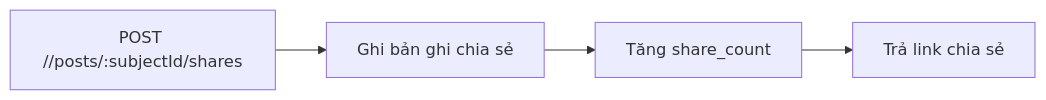
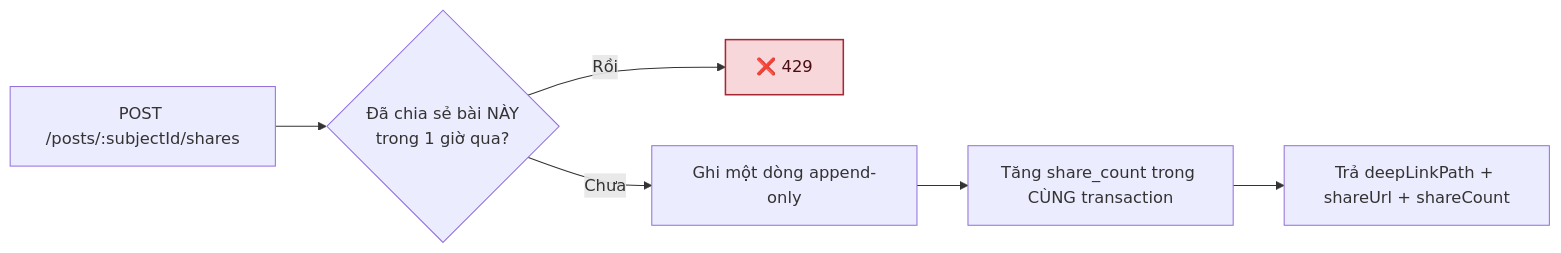
The seventh of 8 diagrams in docs/diagram/06-interaction.md (fdshn/trueheart), drawn with Mermaid before and after one commit. The commit also changed other lines of this file and 17 other files, not shown here.

````diff
--- a/docs/diagram/06-interaction.md
+++ b/docs/diagram/06-interaction.md
@@ -118,6 +205,10 @@
 ```mermaid
 flowchart LR
-    A["POST //posts/:subjectId/shares"] --> B[Ghi bản ghi chia sẻ]
-    B --> C[Tăng share_count]
-    C --> D[Trả link chia sẻ]
+    A["POST /posts/:subjectId/shares"] --> B{Đã chia sẻ bài NÀY<br/>trong 1 giờ qua?}
+    B -->|Rồi| C["❌ 429"]
+    B -->|Chưa| D[Ghi một dòng append-only]
+    D --> E[Tăng share_count trong CÙNG transaction]
+    E --> F["Trả deepLinkPath + shareUrl + shareCount"]
+
+    style C fill:#f8d7da,stroke:#a52834,stroke-width:1.5px,color:#4a0d13
 ```
````
